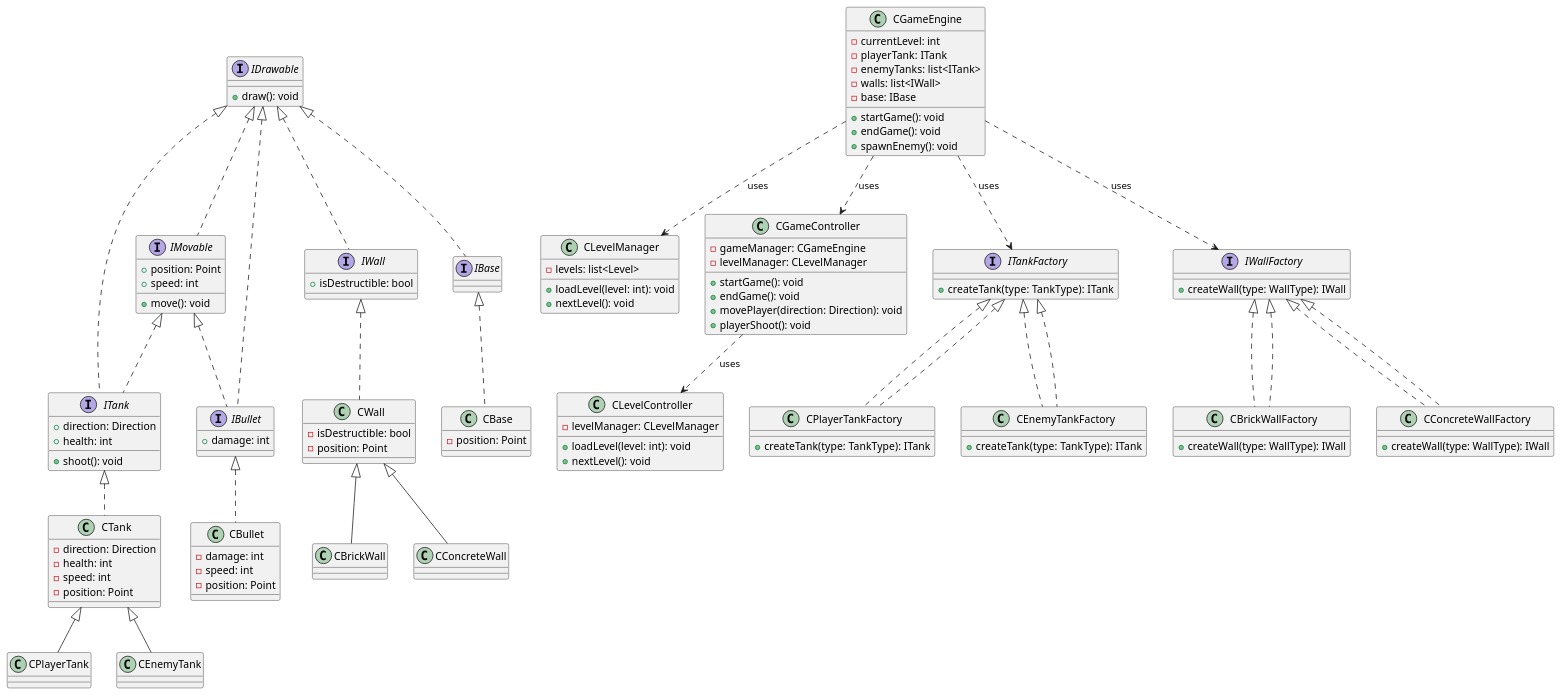
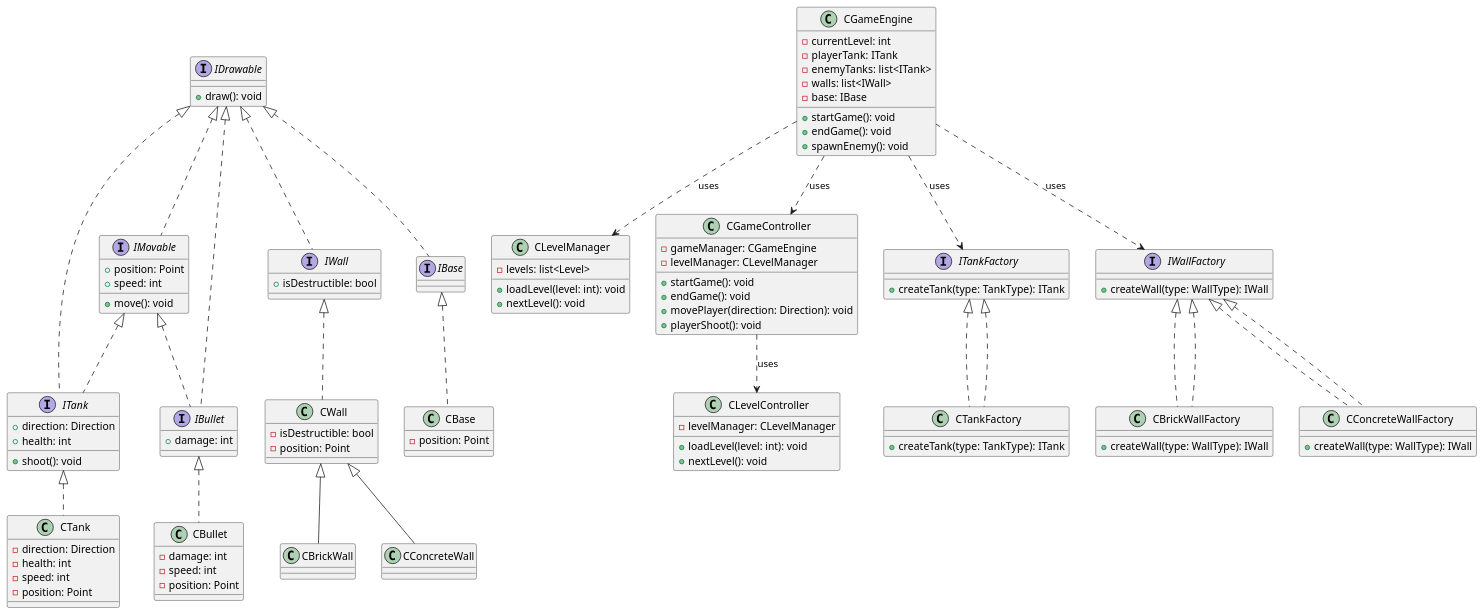
One commit to zabila/Tanks changed the diagram in diagrams/game_diagram.puml. Above: the diagram before and after it, drawn with PlantUML. The commit also changed 26 other files, not shown here.

Commit message:
Remove unnsesary file CEnemyTank and rename CPlayerTank to CTank

```diff
--- a/diagrams/game_diagram.puml
+++ b/diagrams/game_diagram.puml
@@ -1,151 +1,140 @@
 @startuml
 interface IDrawable {
   +draw(): void
 }
 
 interface IMovable {
   +position: Point
   +speed: int
   +move(): void
 }
 
 interface ITank {
   +direction: Direction
   +health: int
   +shoot(): void
 }
 
 interface IBullet {
   +damage: int
 }
 
 interface IWall {
   +isDestructible: bool
 }
 
 interface IBase {
 }
 
 class CTank {
   -direction: Direction
   -health: int
   -speed: int
   -position: Point
 }
 
 class CBullet {
   -damage: int
   -speed: int
   -position: Point
 }
 
 class CWall {
   -isDestructible: bool
   -position: Point
 }
 
 class CBase {
   -position: Point
 }
 
-class CPlayerTank {
-}
-
-class CEnemyTank {
+class CTank {
 }
 
 class CBrickWall {
 }
 
 class CConcreteWall {
 }
 
 class CGameEngine {
   -currentLevel: int
   -playerTank: ITank
   -enemyTanks: list<ITank>
   -walls: list<IWall>
   -base: IBase
   +startGame(): void
   +endGame(): void
   +spawnEnemy(): void
 }
 
 class CLevelManager {
   -levels: list<Level>
   +loadLevel(level: int): void
   +nextLevel(): void
 }
 
 class CGameController {
   -gameManager: CGameEngine
   -levelManager: CLevelManager
   +startGame(): void
   +endGame(): void
   +movePlayer(direction: Direction): void
   +playerShoot(): void
 }
 
 class CLevelController {
   -levelManager: CLevelManager
   +loadLevel(level: int): void
   +nextLevel(): void
 }
 
 interface ITankFactory {
   +createTank(type: TankType): ITank
 }
 
-class CPlayerTankFactory implements ITankFactory {
-  +createTank(type: TankType): ITank
-}
-
-class CEnemyTankFactory implements ITankFactory {
+class CTankFactory implements ITankFactory {
   +createTank(type: TankType): ITank
 }
 
 interface IWallFactory {
   +createWall(type: WallType): IWall
 }
 
 class CBrickWallFactory implements IWallFactory {
   +createWall(type: WallType): IWall
 }
 
 class CConcreteWallFactory implements IWallFactory {
   +createWall(type: WallType): IWall
 }
 
 IDrawable <|.. IMovable
 IDrawable <|.. ITank
 IDrawable <|.. IBullet
 IDrawable <|.. IWall
 IDrawable <|.. IBase
 
 IMovable <|.. ITank
 IMovable <|.. IBullet
 
 ITank <|.. CTank
 IBullet <|.. CBullet
 IWall <|.. CWall
 IBase <|.. CBase
 
-CTank <|-- CPlayerTank
-CTank <|-- CEnemyTank
-
 CWall <|-- CBrickWall
 CWall <|-- CConcreteWall
 
 CGameEngine ..> ITankFactory : uses
 CGameEngine ..> IWallFactory : uses
 CGameEngine ..> CLevelManager : uses
 CGameEngine ..> CGameController : uses
 
 CGameController ..> CLevelController : uses
 
-ITankFactory <|.. CPlayerTankFactory
-ITankFactory <|.. CEnemyTankFactory
+ITankFactory <|.. CTankFactory
 
 IWallFactory <|.. CBrickWallFactory
 IWallFactory <|.. CConcreteWallFactory
 @enduml
```
